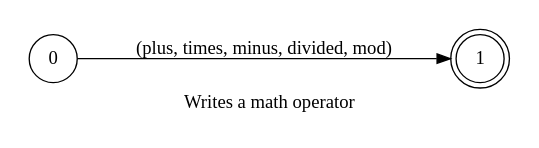
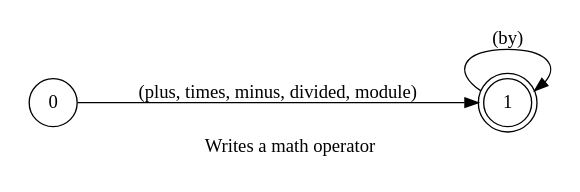
Before and after one commit to pedrooaugusto/speech-to-code: the diagram in spoken/src/modules/typescript/math_operator/phrase_en-US.dot, drawn with Graphviz. The commit also changed 66 other files, not shown here.

```diff
--- a/spoken/src/modules/typescript/math_operator/phrase_en-US.dot
+++ b/spoken/src/modules/typescript/math_operator/phrase_en-US.dot
@@ -1,16 +1,17 @@
 digraph MathOperator {
     id="math_operator";
     label="Writes a math operator";
     lang="en-US";
     langName="English";
     pad="0.2";
     rankdir=LR;
     alias="true";
     node[shape=doublecircle]; 1;
     node[shape=circle];
 
-    0 -> 1 [label="(plus, times, minus, divided, mod)", store=mathOperator];
+    0 -> 1 [label="(plus, times, minus, divided, module)", store=mathOperator];
+    1 -> 1 [label="(by)"];
 
     title="Writes a math operator";
     desc="Writes a math operator (*, -, +, /, %) meant to be used inside expressions";
 }
```
